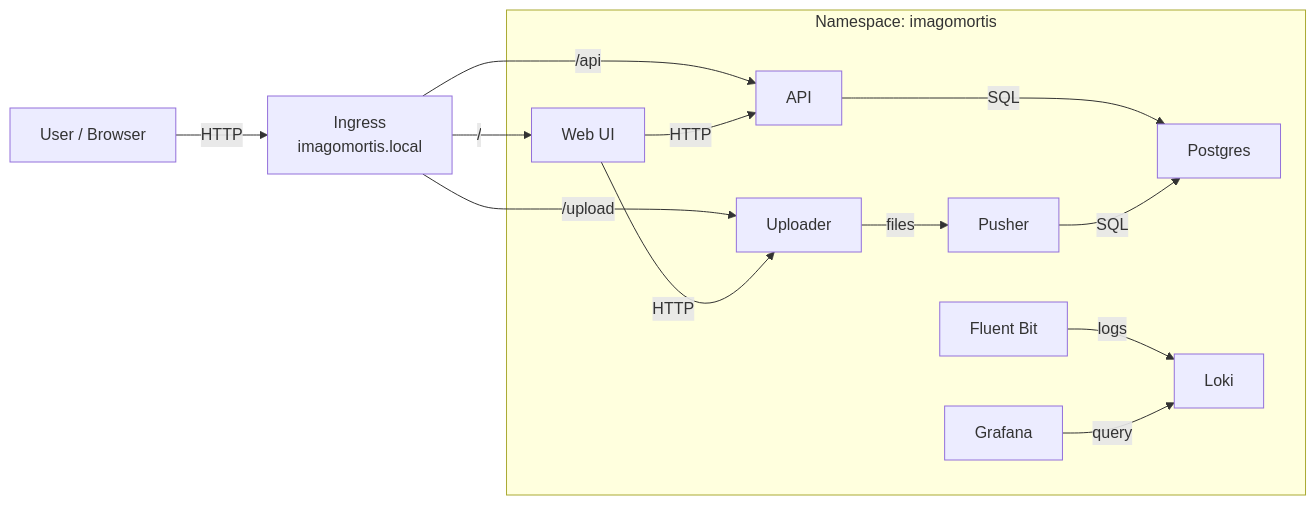
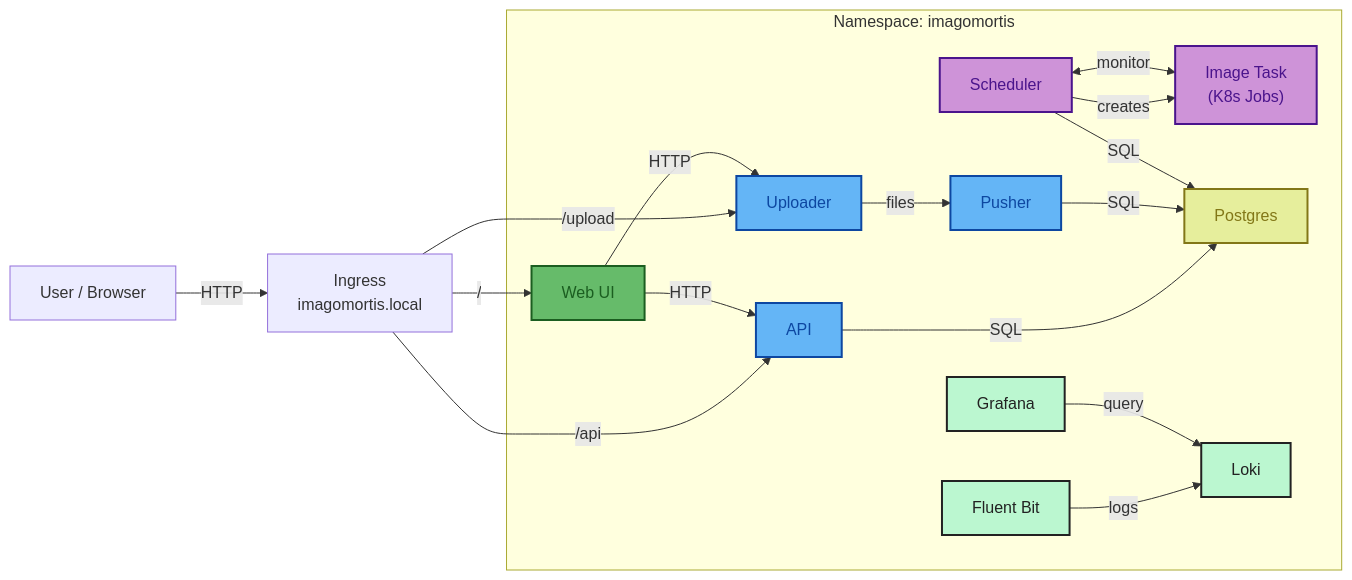
The diagram in README.md (m4nh/imagomortis_k8s_tutorial), drawn with Mermaid before and after one commit. The commit also changed other lines of this file and 15 other files, not shown here.

Commit message:
Scheduler & Jobs

````diff
--- a/README.md
+++ b/README.md
@@ -5,36 +5,62 @@
 ```mermaid
 flowchart LR
-	%% ImagoMortis (modules + connections)
-
+	
+	
 	user["User / Browser"]
 	ingress["Ingress\nimagomortis.local"]
 
 	subgraph ns["Namespace: imagomortis"]
 		webui["Web UI"]
 		api["API"]
 		uploader["Uploader"]
 		pusher["Pusher"]
+		scheduler["Scheduler"]
+		imagetask["Image Task <br> (K8s Jobs)"]
 		postgres["Postgres"]
 
 		fluentbit["Fluent Bit"]
 		loki["Loki"]
 		grafana["Grafana"]
 	end
 
 	%% External access
 	user -->|"HTTP"| ingress
 	ingress -->|"/"| webui
 	ingress -->|"/api"| api
 	ingress -->|"/upload"| uploader
 
 	%% Application
 	webui -->|"HTTP"| api
 	webui -->|"HTTP"| uploader
 	uploader -->|"files"| pusher
 	api -->|"SQL"| postgres
 	pusher -->|"SQL"| postgres
+	scheduler -->|"SQL"| postgres
+	scheduler -->|"creates"| imagetask
+	scheduler <-->|"monitor"| imagetask
 
 	%% Observability
 	fluentbit -->|"logs"| loki
 	grafana -->|"query"| loki
+
+	%% ImagoMortis (modules + connections)
+	classDef logger fill:#bbf7d0,stroke:#222,stroke-width:2px,color:#222;
+	classDef web fill:#66BB6A,stroke:#1B5E20,stroke-width:2px,color:#1B5E20;
+	classDef api fill:#64B5F6,stroke:#0D47A1,stroke-width:2px,color:#0D47A1;
+	classDef tasks fill:#CE93D8,stroke:#4A148C,stroke-width:2px,color:#4A148C;
+	classDef db fill:#E6EE9C,stroke:#827717,stroke-width:2px,color:#827717;
+	
+	%% Apply classes
+	class grafana logger
+	class loki logger
+	class fluentbit logger
+
+	class webui web
+	class api api
+	class uploader api
+	class pusher api
+	class scheduler tasks
+	class imagetask tasks
+	class postgres db
+	
 ```
````
